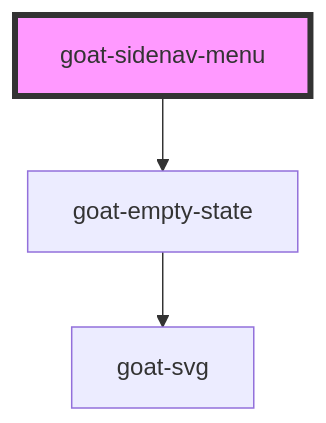
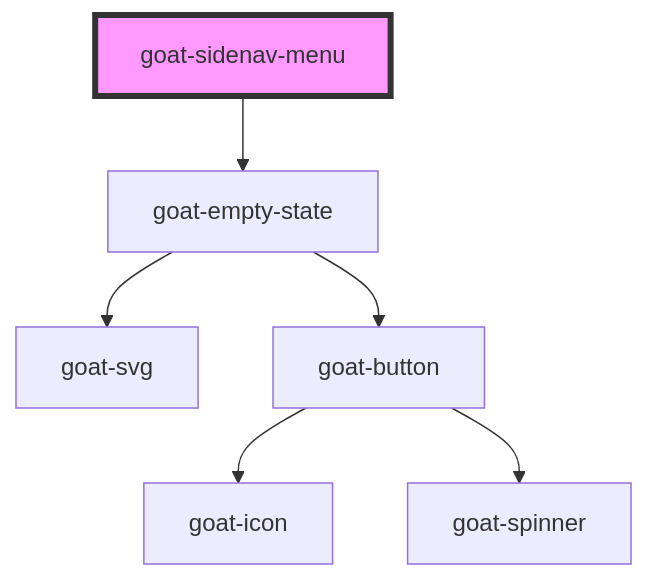
The diagram in src/components/app-shell/sidenav-menu/readme.md (goatui/components), drawn with Mermaid before and after one commit. The commit also changed 163 other files, not shown here.

````diff
--- a/src/components/app-shell/sidenav-menu/readme.md
+++ b/src/components/app-shell/sidenav-menu/readme.md
@@ -39,6 +39,9 @@
 ```mermaid
 graph TD;
   goat-sidenav-menu --> goat-empty-state
   goat-empty-state --> goat-svg
+  goat-empty-state --> goat-button
+  goat-button --> goat-icon
+  goat-button --> goat-spinner
   style goat-sidenav-menu fill:#f9f,stroke:#333,stroke-width:4px
 ```
````
